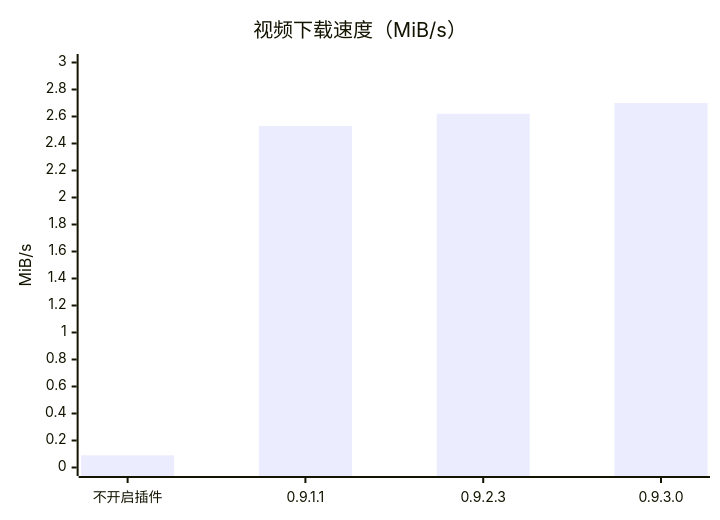
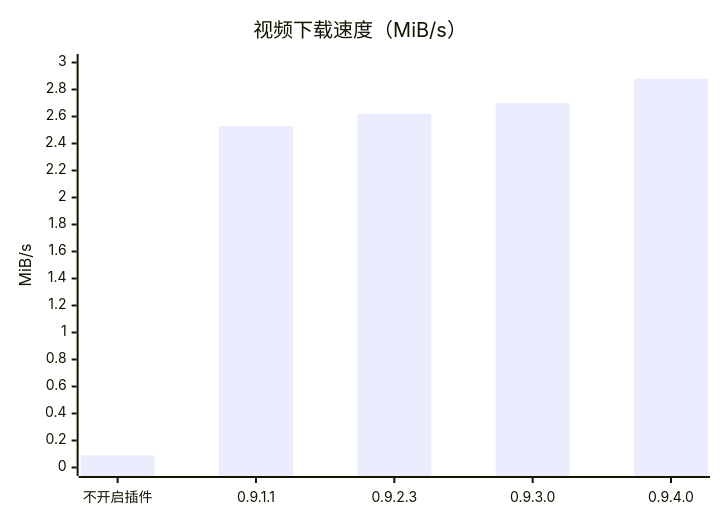
The diagram in README.md (DwySiswanto/Bilibili-thread-ripper), drawn with Mermaid before and after one commit. The commit also changed other lines of this file and 25 other files, not shown here.

````diff
--- a/README.md
+++ b/README.md
@@ -34,7 +34,7 @@
 ```mermaid
 xychart-beta
     title "视频下载速度（MiB/s）"
-    x-axis ["不开启插件", "0.9.1.1", "0.9.2.3", "0.9.3.0"]
+    x-axis ["不开启插件", "0.9.1.1", "0.9.2.3", "0.9.3.0", "0.9.4.0"]
     y-axis "MiB/s" 0 --> 3
-    bar [0.09, 2.53, 2.62, 2.70]
+    bar [0.09, 2.53, 2.62, 2.70, 2.88]
 ```
````
